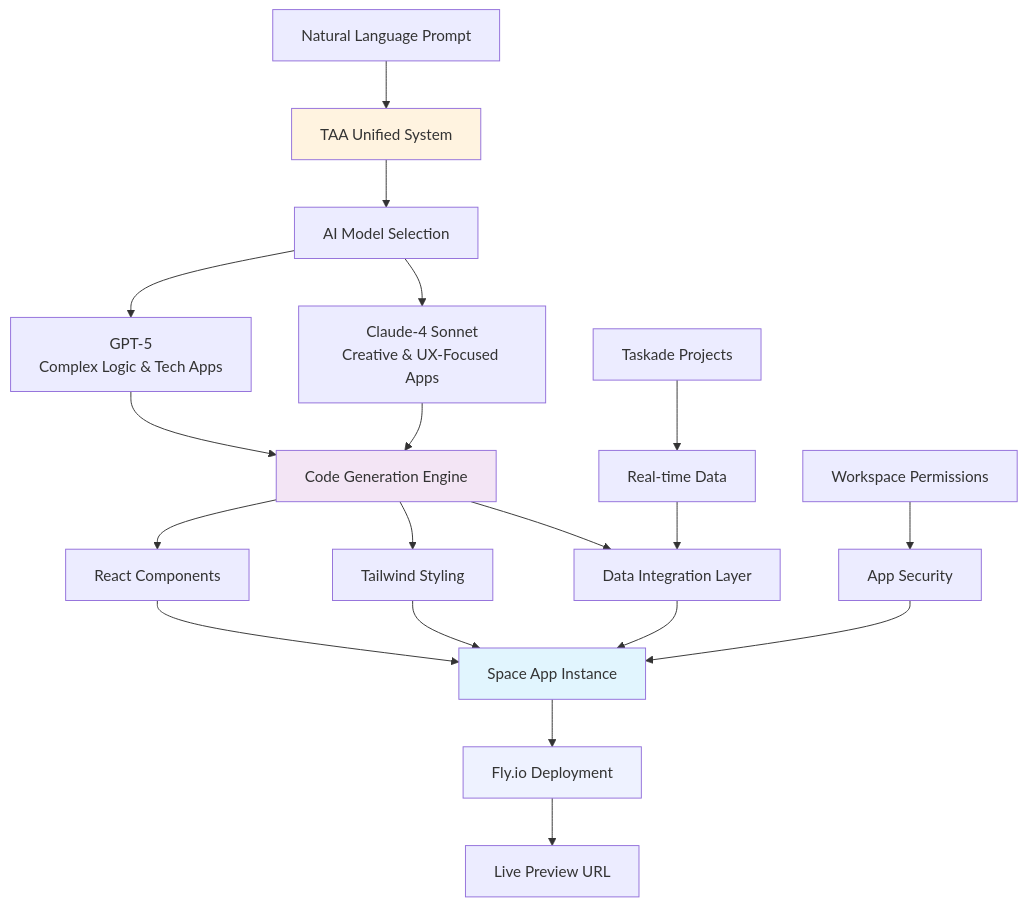
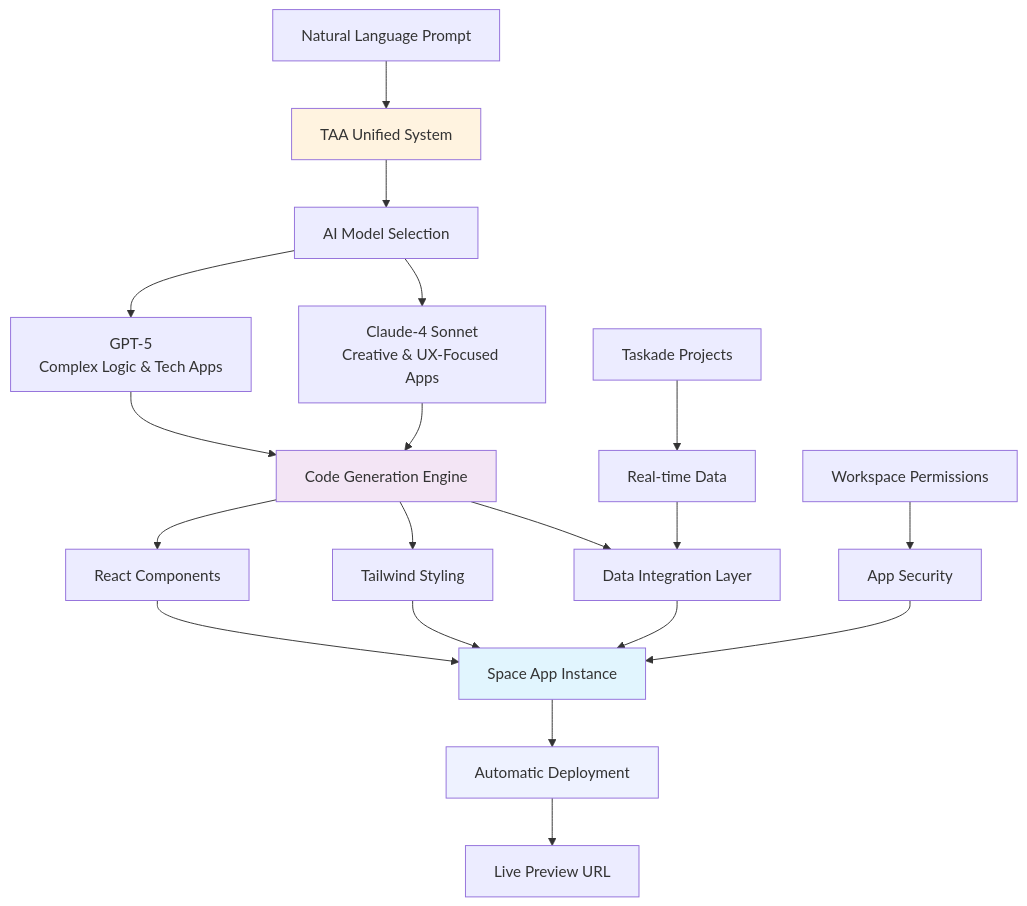
Before and after one commit to taskade/docs: the second of 3 diagrams in vision/architecture.md, drawn with Mermaid. The commit also changed other lines of this file and 11 other files, not shown here.

````diff
--- a/vision/architecture.md
+++ b/vision/architecture.md
@@ -154,33 +169,33 @@
 ```mermaid
 graph TD
     A[Natural Language Prompt] --> B[TAA Unified System]
     B --> C[AI Model Selection]
     
     C --> D[GPT-5<br/>Complex Logic & Tech Apps]
     C --> E[Claude-4 Sonnet<br/>Creative & UX-Focused Apps]
     
     D --> F[Code Generation Engine]
     E --> F
     
     F --> G[React Components]
     F --> H[Tailwind Styling]
     F --> I[Data Integration Layer]
     
     G --> J[Space App Instance]
     H --> J
     I --> J
     
-    J --> K[Fly.io Deployment]
+    J --> K[Automatic Deployment]
     K --> L[Live Preview URL]
     
     M[Taskade Projects] --> N[Real-time Data]
     N --> I
     
     O[Workspace Permissions] --> P[App Security]
     P --> J
     
     style B fill:#fff3e0
     style F fill:#f3e5f5
     style J fill:#e1f5fe
     style K fill:#eef2ff
 ```
````
